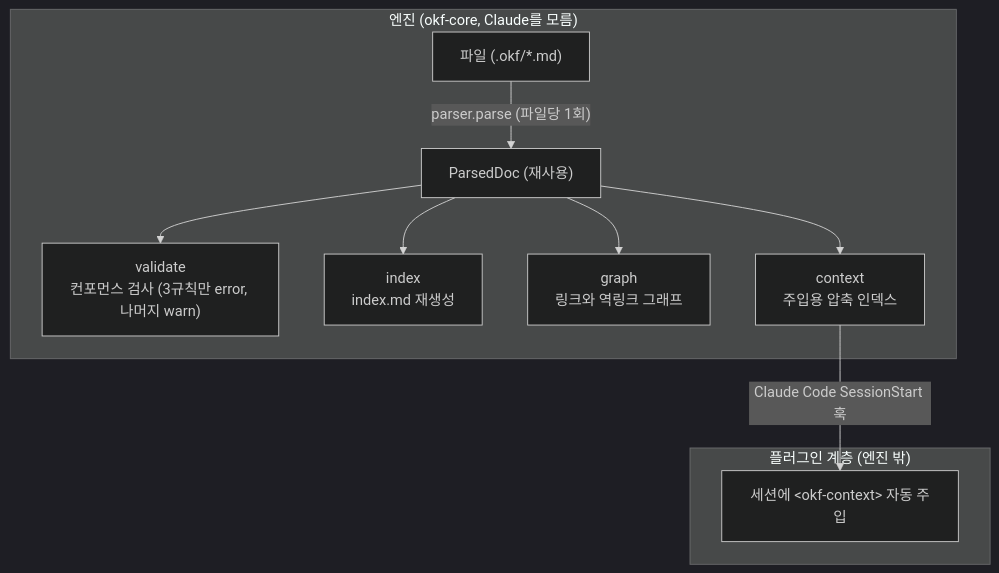
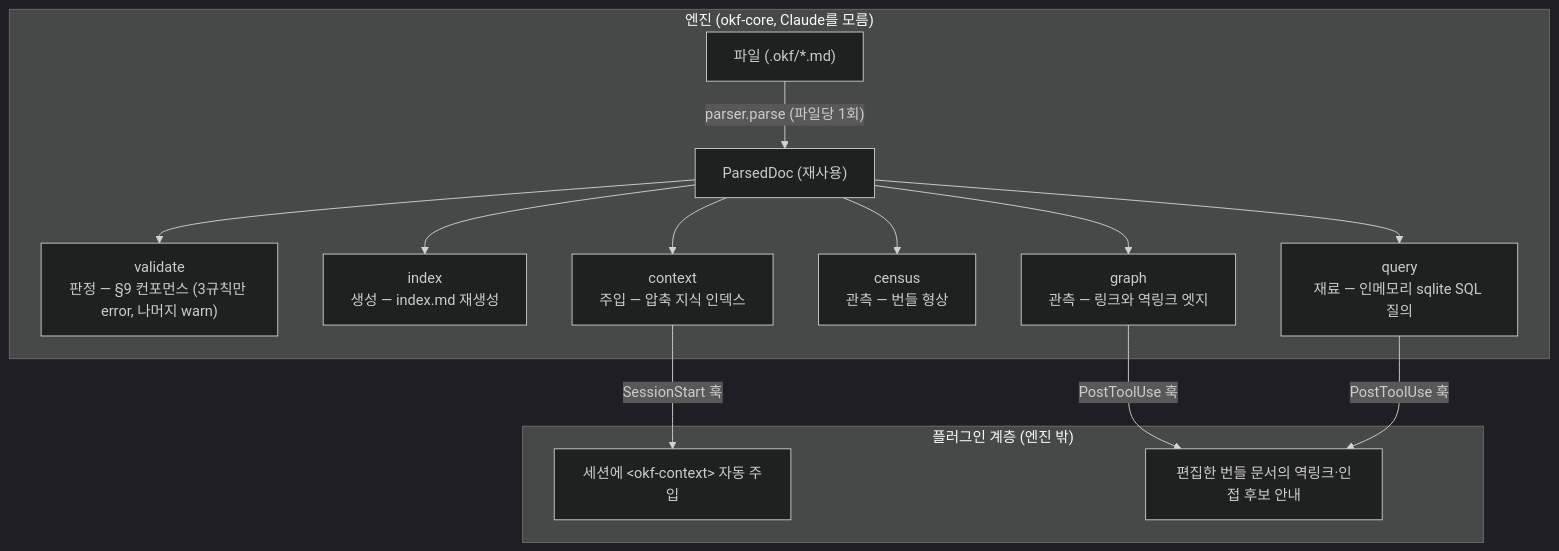
Before and after one commit to pmmm114/okf-wiki-plugin: the diagram in README.md, drawn with Mermaid (dark theme). The commit also changed other lines of this file and 2 other files, not shown here.

First paragraph of the commit message:
docs(readme): 동작 방식 현행화 — query·census·훅 확장 반영 + 엔진 배선 게이트 (#346)
* docs(readme): 동작 방식 현행화 — query·census·훅 확장 반영 + 엔진 배선 게이트

````diff
--- a/README.md
+++ b/README.md
@@ -154,14 +154,19 @@
 ```mermaid
 flowchart TD
     subgraph engine["엔진 (okf-core, Claude를 모름)"]
         F["파일 (.okf/*.md)"] -->|"parser.parse (파일당 1회)"| P["ParsedDoc (재사용)"]
-        P --> V["validate<br/>컨포먼스 검사 (3규칙만 error, 나머지 warn)"]
-        P --> I["index<br/>index.md 재생성"]
-        P --> G["graph<br/>링크와 역링크 그래프"]
-        P --> C["context<br/>주입용 압축 인덱스"]
+        P --> V["validate<br/>판정 — §9 컨포먼스 (3규칙만 error, 나머지 warn)"]
+        P --> I["index<br/>생성 — index.md 재생성"]
+        P --> G["graph<br/>관측 — 링크와 역링크 엣지"]
+        P --> N["census<br/>관측 — 번들 형상"]
+        P --> Q["query<br/>재료 — 인메모리 sqlite SQL 질의"]
+        P --> C["context<br/>주입 — 압축 지식 인덱스"]
     end
     subgraph plugin["플러그인 계층 (엔진 밖)"]
         O["세션에 &lt;okf-context&gt; 자동 주입"]
+        B["편집한 번들 문서의 역링크·인접 후보 안내"]
     end
-    C -->|"Claude Code SessionStart 훅"| O
+    C -->|"SessionStart 훅"| O
+    G -->|"PostToolUse 훅"| B
+    Q -->|"PostToolUse 훅"| B
 ```
````
